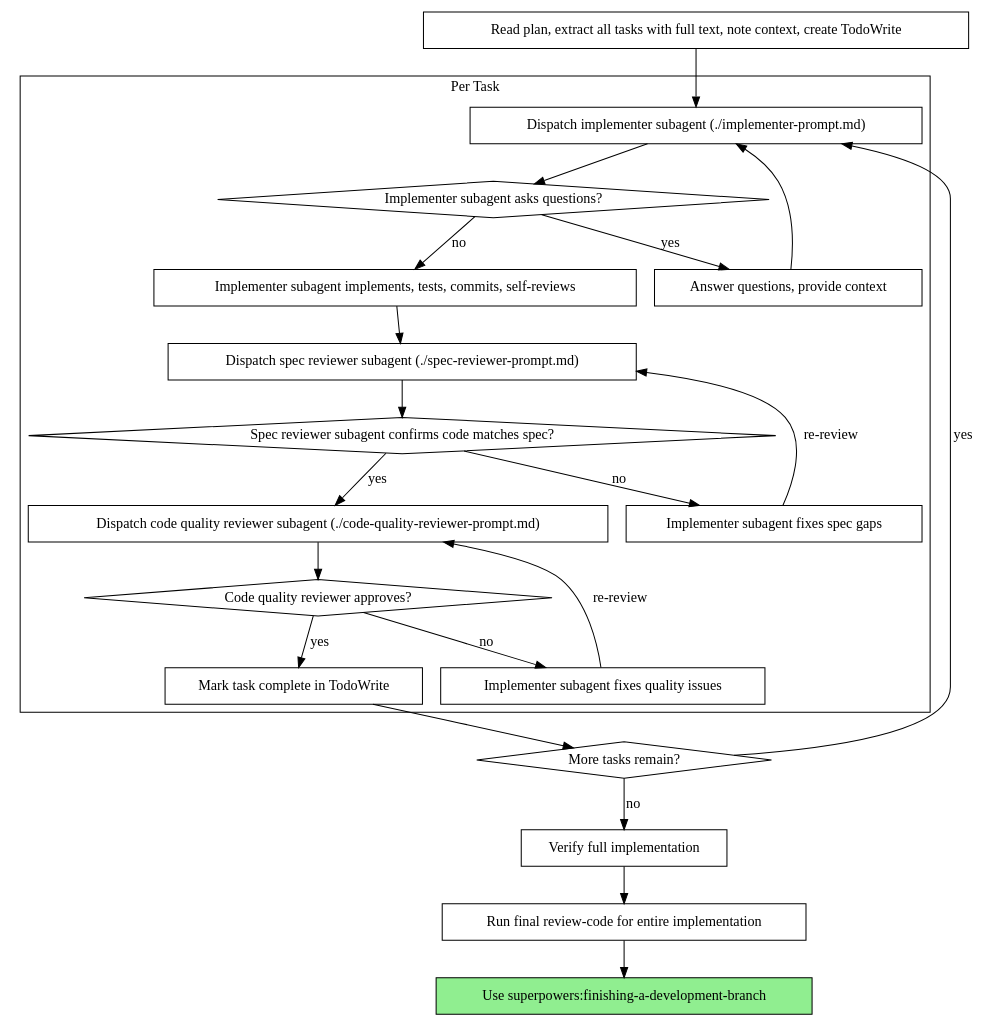
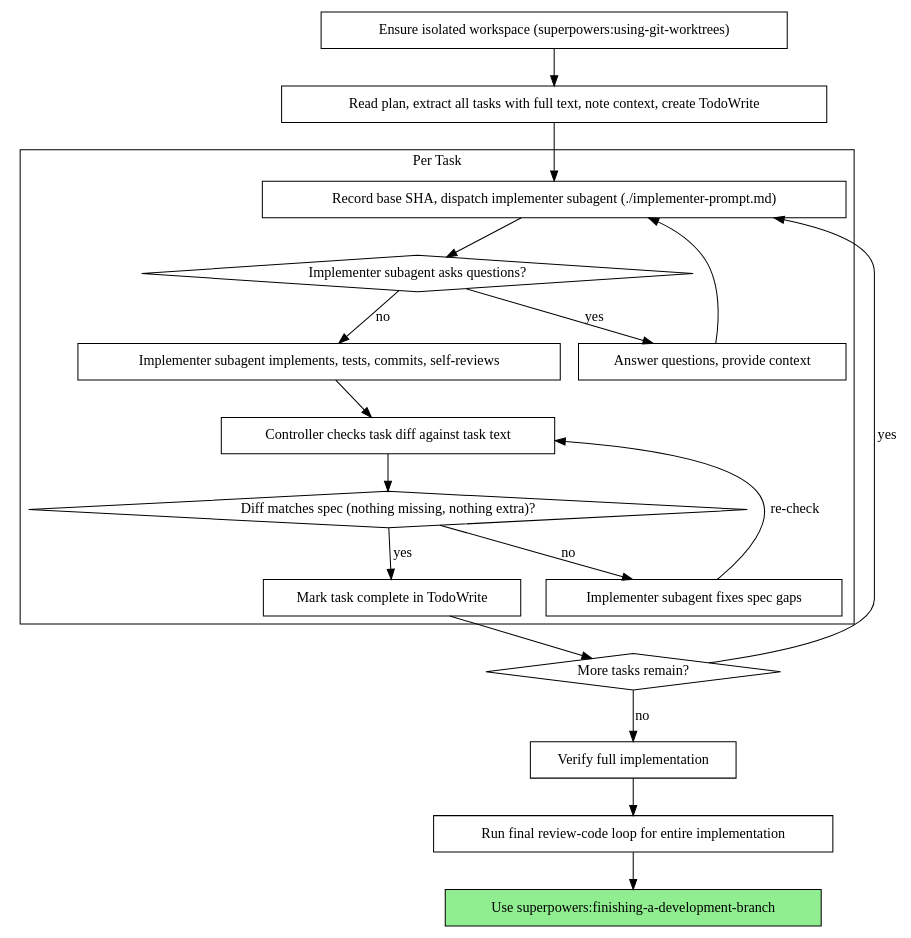
The second of 2 diagrams in skills/subagent-driven-development/SKILL.md (henrybzhang/superpowers-local), drawn with Graphviz before and after one commit. The commit also changed other lines of this file and 3 other files, not shown here.

````diff
--- a/skills/subagent-driven-development/SKILL.md
+++ b/skills/subagent-driven-development/SKILL.md
@@ -47,46 +51,42 @@
 ```dot
 digraph process {
     rankdir=TB;
 
+    "Ensure isolated workspace (superpowers:using-git-worktrees)" [shape=box];
+
     subgraph cluster_per_task {
         label="Per Task";
-        "Dispatch implementer subagent (./implementer-prompt.md)" [shape=box];
+        "Record base SHA, dispatch implementer subagent (./implementer-prompt.md)" [shape=box];
         "Implementer subagent asks questions?" [shape=diamond];
         "Answer questions, provide context" [shape=box];
         "Implementer subagent implements, tests, commits, self-reviews" [shape=box];
-        "Dispatch spec reviewer subagent (./spec-reviewer-prompt.md)" [shape=box];
-        "Spec reviewer subagent confirms code matches spec?" [shape=diamond];
+        "Controller checks task diff against task text" [shape=box];
+        "Diff matches spec (nothing missing, nothing extra)?" [shape=diamond];
         "Implementer subagent fixes spec gaps" [shape=box];
-        "Dispatch code quality reviewer subagent (./code-quality-reviewer-prompt.md)" [shape=box];
-        "Code quality reviewer approves?" [shape=diamond];
-        "Implementer subagent fixes quality issues" [shape=box];
         "Mark task complete in TodoWrite" [shape=box];
     }
 
     "Read plan, extract all tasks with full text, note context, create TodoWrite" [shape=box];
     "More tasks remain?" [shape=diamond];
     "Verify full implementation" [shape=box];
-    "Run final review-code for entire implementation" [shape=box];
+    "Run final review-code loop for entire implementation" [shape=box];
     "Use superpowers:finishing-a-development-branch" [shape=box style=filled fillcolor=lightgreen];
 
-    "Read plan, extract all tasks with full text, note context, create TodoWrite" -> "Dispatch implementer subagent (./implementer-prompt.md)";
-    "Dispatch implementer subagent (./implementer-prompt.md)" -> "Implementer subagent asks questions?";
+    "Ensure isolated workspace (superpowers:using-git-worktrees)" -> "Read plan, extract all tasks with full text, note context, create TodoWrite";
+    "Read plan, extract all tasks with full text, note context, create TodoWrite" -> "Record base SHA, dispatch implementer subagent (./implementer-prompt.md)";
+    "Record base SHA, dispatch implementer subagent (./implementer-prompt.md)" -> "Implementer subagent asks questions?";
     "Implementer subagent asks questions?" -> "Answer questions, provide context" [label="yes"];
-    "Answer questions, provide context" -> "Dispatch implementer subagent (./implementer-prompt.md)";
+    "Answer questions, provide context" -> "Record base SHA, dispatch implementer subagent (./implementer-prompt.md)";
     "Implementer subagent asks questions?" -> "Implementer subagent implements, tests, commits, self-reviews" [label="no"];
-    "Implementer subagent implements, tests, commits, self-reviews" -> "Dispatch spec reviewer subagent (./spec-reviewer-prompt.md)";
-    "Dispatch spec reviewer subagent (./spec-reviewer-prompt.md)" -> "Spec reviewer subagent confirms code matches spec?";
-    "Spec reviewer subagent confirms code matches spec?" -> "Implementer subagent fixes spec gaps" [label="no"];
-    "Implementer subagent fixes spec gaps" -> "Dispatch spec reviewer subagent (./spec-reviewer-prompt.md)" [label="re-review"];
-    "Spec reviewer subagent confirms code matches spec?" -> "Dispatch code quality reviewer subagent (./code-quality-reviewer-prompt.md)" [label="yes"];
-    "Dispatch code quality reviewer subagent (./code-quality-reviewer-prompt.md)" -> "Code quality reviewer approves?";
-    "Code quality reviewer approves?" -> "Implementer subagent fixes quality issues" [label="no"];
-    "Implementer subagent fixes quality issues" -> "Dispatch code quality reviewer subagent (./code-quality-reviewer-prompt.md)" [label="re-review"];
-    "Code quality reviewer approves?" -> "Mark task complete in TodoWrite" [label="yes"];
+    "Implementer subagent implements, tests, commits, self-reviews" -> "Controller checks task diff against task text";
+    "Controller checks task diff against task text" -> "Diff matches spec (nothing missing, nothing extra)?";
+    "Diff matches spec (nothing missing, nothing extra)?" -> "Implementer subagent fixes spec gaps" [label="no"];
+    "Implementer subagent fixes spec gaps" -> "Controller checks task diff against task text" [label="re-check"];
+    "Diff matches spec (nothing missing, nothing extra)?" -> "Mark task complete in TodoWrite" [label="yes"];
     "Mark task complete in TodoWrite" -> "More tasks remain?";
-    "More tasks remain?" -> "Dispatch implementer subagent (./implementer-prompt.md)" [label="yes"];
+    "More tasks remain?" -> "Record base SHA, dispatch implementer subagent (./implementer-prompt.md)" [label="yes"];
     "More tasks remain?" -> "Verify full implementation" [label="no"];
-    "Verify full implementation" -> "Run final review-code for entire implementation";
-    "Run final review-code for entire implementation" -> "Use superpowers:finishing-a-development-branch";
+    "Verify full implementation" -> "Run final review-code loop for entire implementation";
+    "Run final review-code loop for entire implementation" -> "Use superpowers:finishing-a-development-branch";
 }
 ```
````
